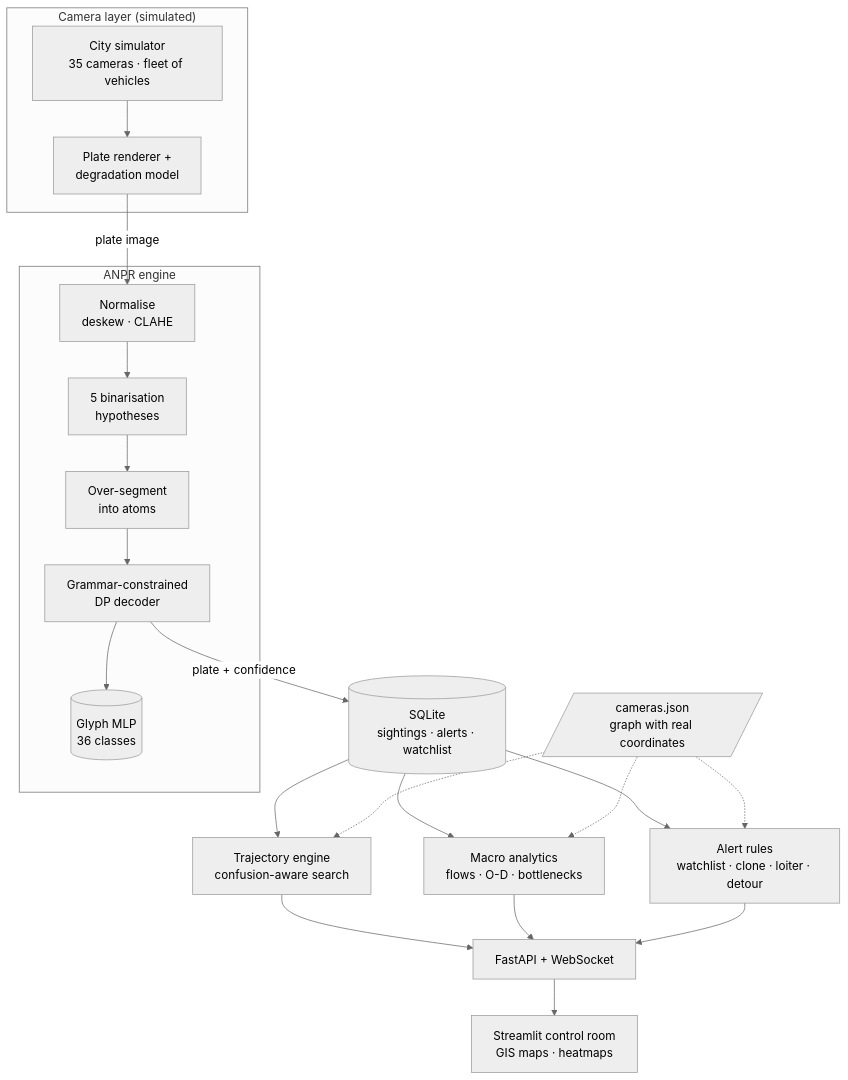
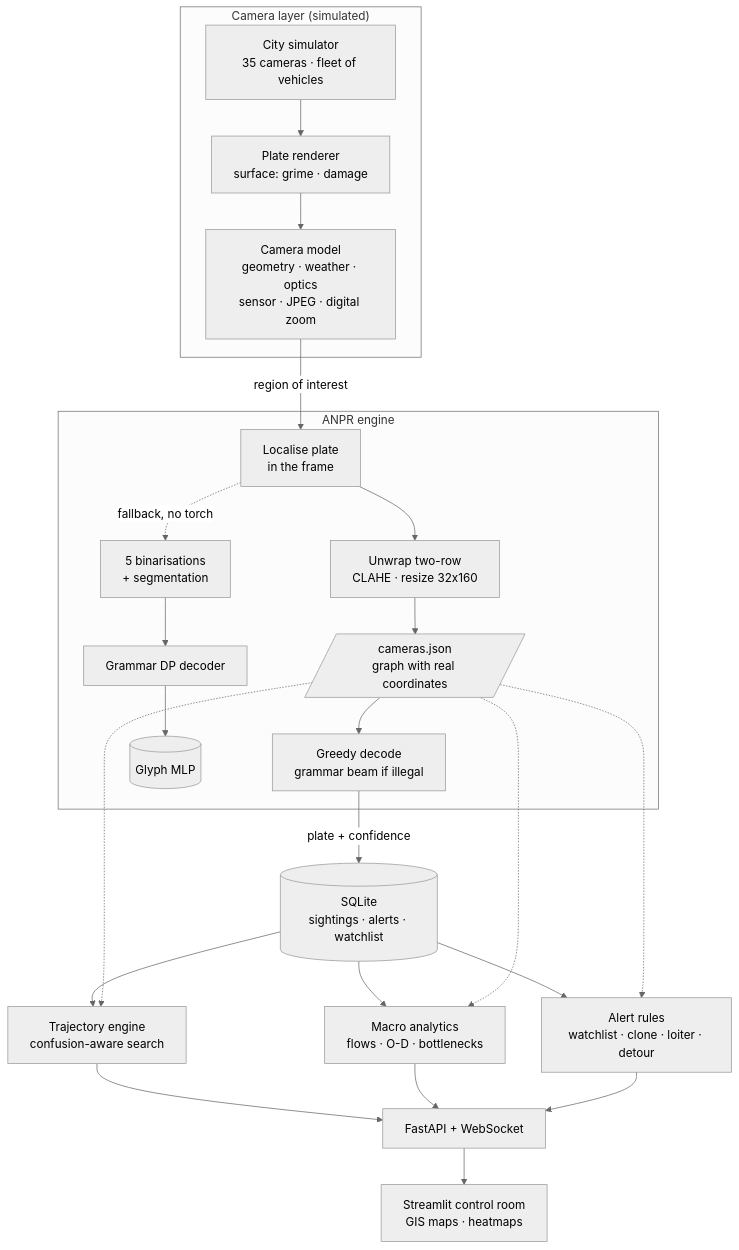
Before and after one commit to A-Martyr/GodsEye: the diagram in README.md, drawn with Mermaid (neutral theme). The commit also changed other lines of this file and 42 other files, not shown here.

First line of the commit message:
feat(anpr): exact CTC confidence, burst fusion, deferred row decision

````diff
--- a/README.md
+++ b/README.md
@@ -44,27 +46,30 @@
 ```mermaid
 graph TB
     subgraph Edge["Camera layer (simulated)"]
         SIM[City simulator<br/>35 cameras · fleet of vehicles]
-        REN[Plate renderer +<br/>degradation model]
-        SIM --> REN
+        REN[Plate renderer<br/>surface: grime · damage]
+        CAM[Camera model<br/>geometry · weather · optics<br/>sensor · JPEG · digital zoom]
+        SIM --> REN --> CAM
     end
 
     subgraph Engine["ANPR engine"]
-        NORM[Normalise<br/>deskew · CLAHE] --> BIN[5 binarisation<br/>hypotheses]
-        BIN --> SEG[Over-segment<br/>into atoms]
-        SEG --> DEC[Grammar-constrained<br/>DP decoder]
-        DEC --> CLF[(Glyph MLP<br/>36 classes)]
+        LOC[Localise plate<br/>in the frame] --> PREP[Unwrap two-row<br/>CLAHE · resize 32x160]
+        PREP --> NET[(CRNN<br/>CNN + BiGRU, CTC)]
+        NET --> DEC[Greedy decode<br/>grammar beam if illegal]
+        LOC -.fallback, no torch.-> BIN[5 binarisations<br/>+ segmentation]
+        BIN --> DP[Grammar DP decoder]
+        DP --> CLF[(Glyph MLP)]
     end
 
-    REN -->|plate image| NORM
+    CAM -->|region of interest| LOC
     DEC -->|plate + confidence| STORE[(SQLite<br/>sightings · alerts · watchlist)]
 
     STORE --> TRAJ[Trajectory engine<br/>confusion-aware search]
     STORE --> ANA[Macro analytics<br/>flows · O-D · bottlenecks]
     STORE --> ALERT[Alert rules<br/>watchlist · clone · loiter · detour]
 
     TRAJ & ANA & ALERT --> API[FastAPI + WebSocket]
     API --> UI[Streamlit control room<br/>GIS maps · heatmaps]
 
     NET[/cameras.json<br/>graph with real coordinates/] -.-> TRAJ & ANA & ALERT
 ```
````
